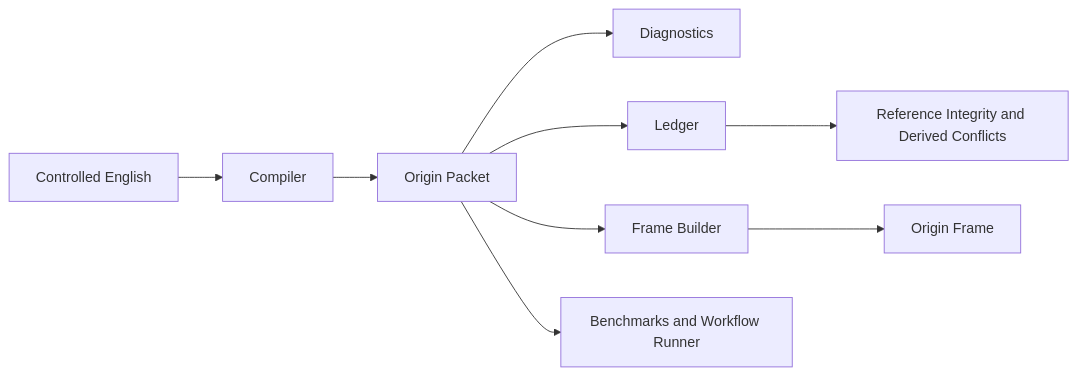
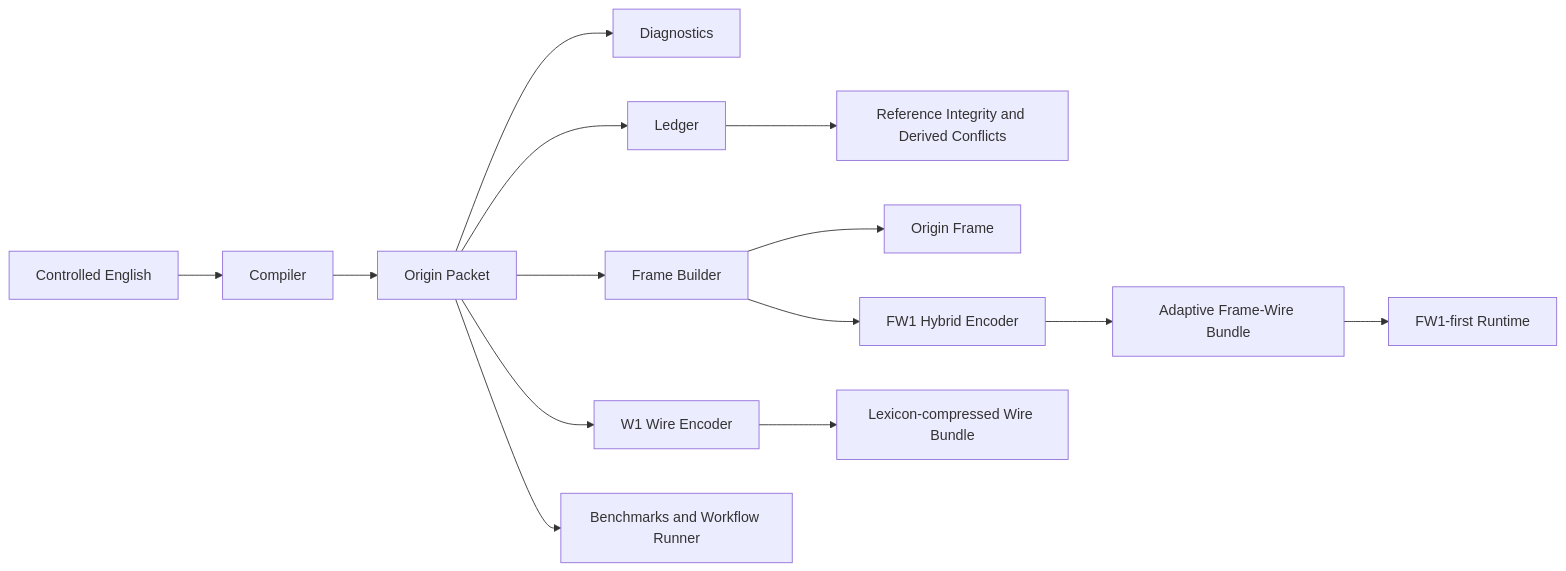
One commit to drinkscholson/Origin changed the first of 3 diagrams in README.md. Above: the diagram before and after it, drawn with Mermaid. The commit also changed other lines of this file and 18 other files, not shown here.

````diff
--- a/README.md
+++ b/README.md
@@ -168,11 +218,16 @@
 ```mermaid
 flowchart LR
     A["Controlled English"] --> B["Compiler"]
     B --> C["Origin Packet"]
     C --> D["Diagnostics"]
     C --> E["Ledger"]
     C --> F["Frame Builder"]
     F --> G["Origin Frame"]
+    C --> J["W1 Wire Encoder"]
+    J --> K["Lexicon-compressed Wire Bundle"]
+    F --> M["FW1 Hybrid Encoder"]
+    M --> N["Adaptive Frame-Wire Bundle"]
+    N --> R["FW1-first Runtime"]
     E --> H["Reference Integrity and Derived Conflicts"]
     C --> I["Benchmarks and Workflow Runner"]
 ```
````
